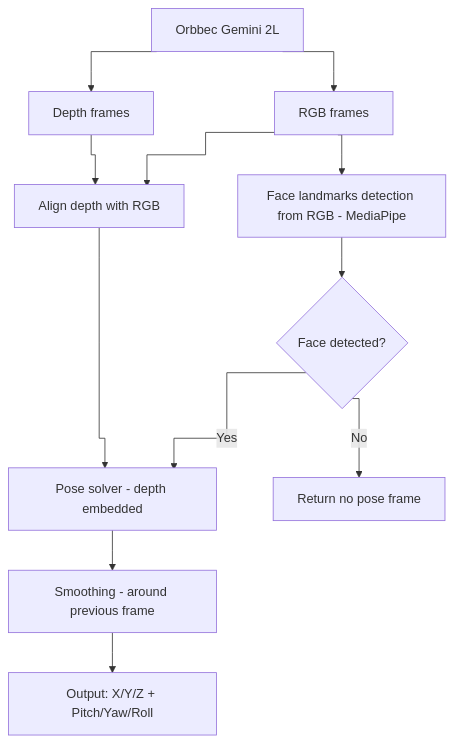
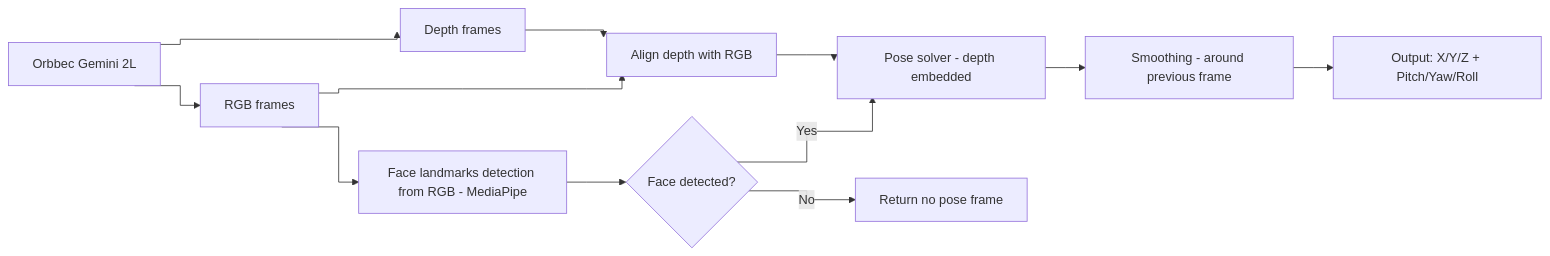
The diagram in docs/face-tracking-pipeline.md (CoopperChen/orbbec-head-tracking), drawn with Mermaid before and after one commit. The commit also changed other lines of this file and 50 other files, not shown here.

````diff
--- a/docs/face-tracking-pipeline.md
+++ b/docs/face-tracking-pipeline.md
@@ -13,16 +13,17 @@
 ```mermaid
 %%{init: {"flowchart": {"curve": "stepAfter"}}}%%
-flowchart TD
+flowchart LR
     A["Orbbec Gemini 2L"]
     A --> B["RGB frames"]
     A --> C["Depth frames"]
+    B ~~~ C
     B --> D["Align depth with RGB"]
     C --> D
     B --> E["Face landmarks detection from RGB - MediaPipe"]
     E --> F{"Face detected?"}
     F -->|Yes| G["Pose solver - depth embedded"]
     D --> G
     G --> H["Smoothing - around previous frame"]
     H --> I["Output: X/Y/Z + Pitch/Yaw/Roll"]
     F -->|No| J["Return no pose frame"]
 ```
````
